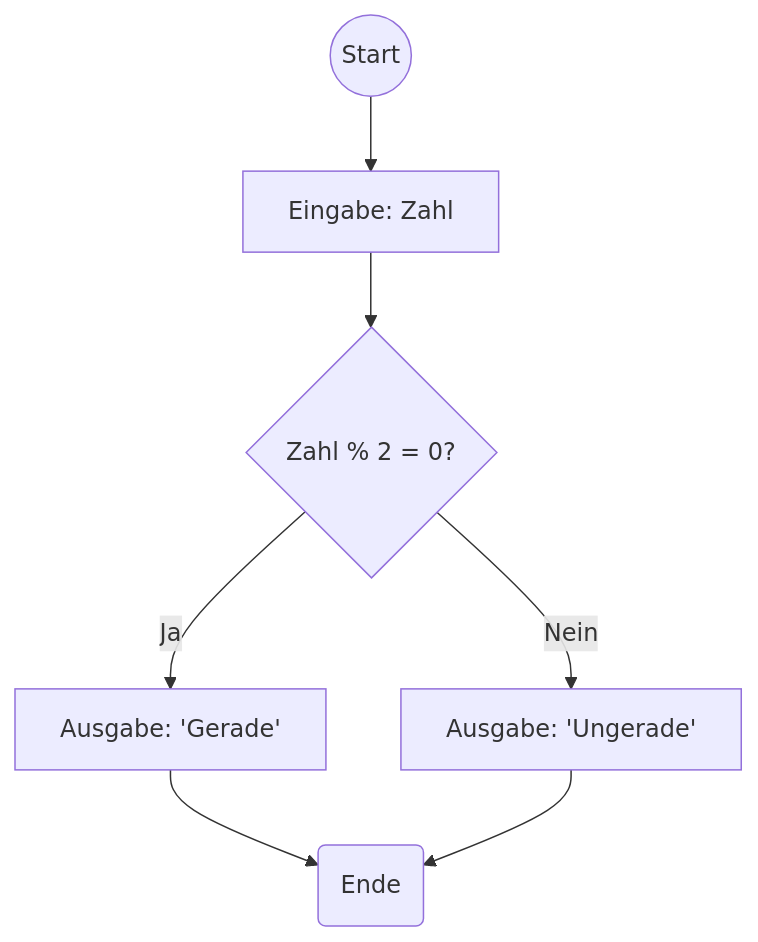
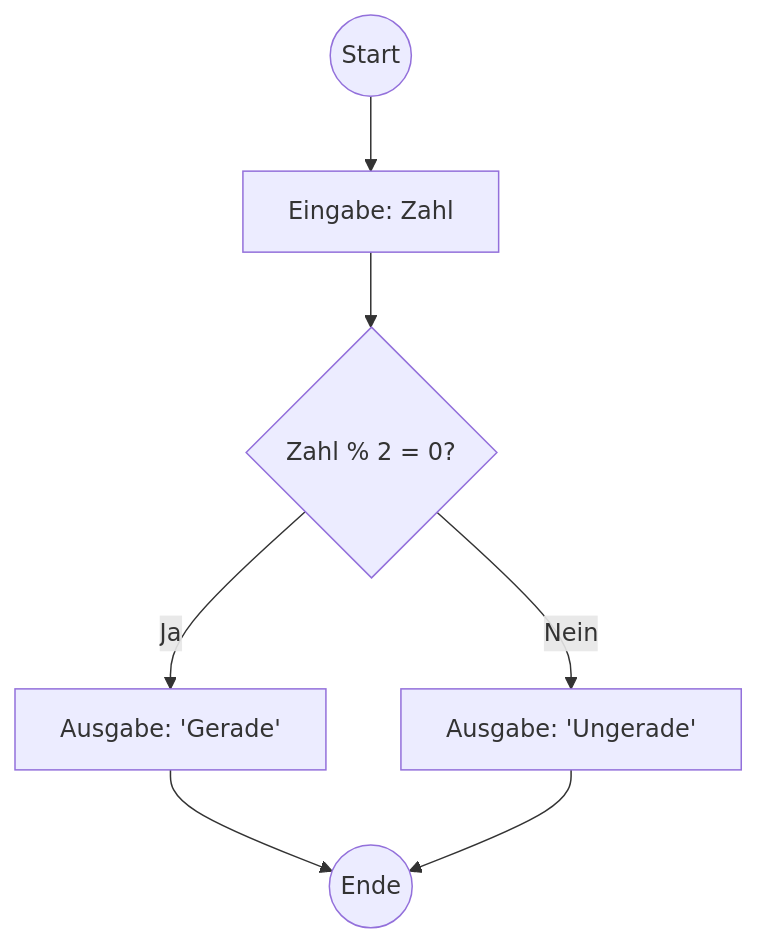
Diagram 14 of 16 in 2_Flussdiagramme/flussdiagramm_basics.md (jahnhtl/embedded_systems), drawn with Mermaid before and after one commit. The commit also changed other lines of this file and 2 other files, not shown here.

Commit message:
Korrektur Schritt 3, Flussdiagramme Updates

````diff
--- a/2_Flussdiagramme/flussdiagramm_basics.md
+++ b/2_Flussdiagramme/flussdiagramm_basics.md
@@ -245,9 +247,9 @@
 ```mermaid
 flowchart TD
     A((Start)) --> B[Eingabe: Zahl]
     B --> C{Zahl % 2 = 0?}
     C -->|Ja| D[Ausgabe: 'Gerade']
     C -->|Nein| E[Ausgabe: 'Ungerade']
-    D --> F(Ende)
+    D --> F((Ende))
     E --> F
 ```
````
